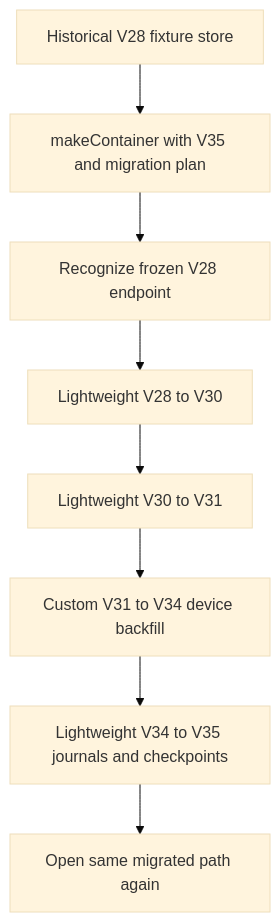
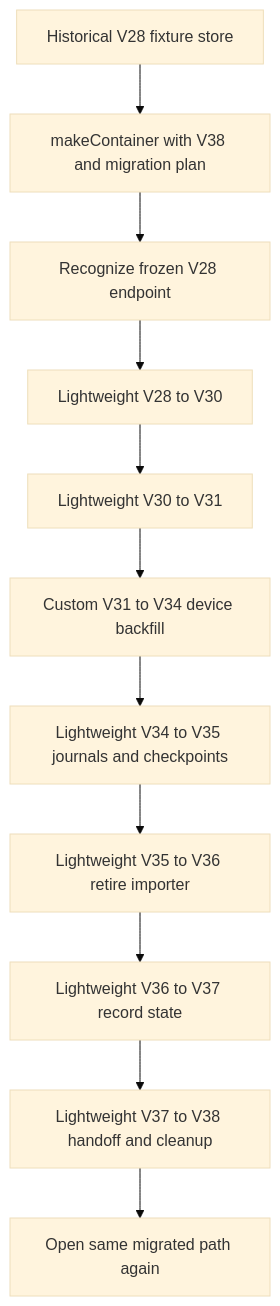
The second of 3 diagrams in openwiki/concepts/persistence-and-secrets.md (AkinoKaede/Termind), drawn with Mermaid (base theme) before and after one commit. The commit also changed other lines of this file and 49 other files, not shown here.

````diff
--- a/openwiki/concepts/persistence-and-secrets.md
+++ b/openwiki/concepts/persistence-and-secrets.md
@@ -167,10 +163,13 @@
 ```mermaid
 flowchart TD
-    Fixture["Historical V28 fixture store"] --> Factory["makeContainer with V35 and migration plan"]
+    Fixture["Historical V28 fixture store"] --> Factory["makeContainer with V38 and migration plan"]
     Factory --> V28["Recognize frozen V28 endpoint"]
     V28 --> V30["Lightweight V28 to V30"]
     V30 --> V31["Lightweight V30 to V31"]
     V31 --> V34["Custom V31 to V34 device backfill"]
     V34 --> V35["Lightweight V34 to V35 journals and checkpoints"]
-    V35 --> Reopen["Open same migrated path again"]
+    V35 --> V36["Lightweight V35 to V36 retire importer"]
+    V36 --> V37["Lightweight V36 to V37 record state"]
+    V37 --> V38["Lightweight V37 to V38 handoff and cleanup"]
+    V38 --> Reopen["Open same migrated path again"]
 ```
````
